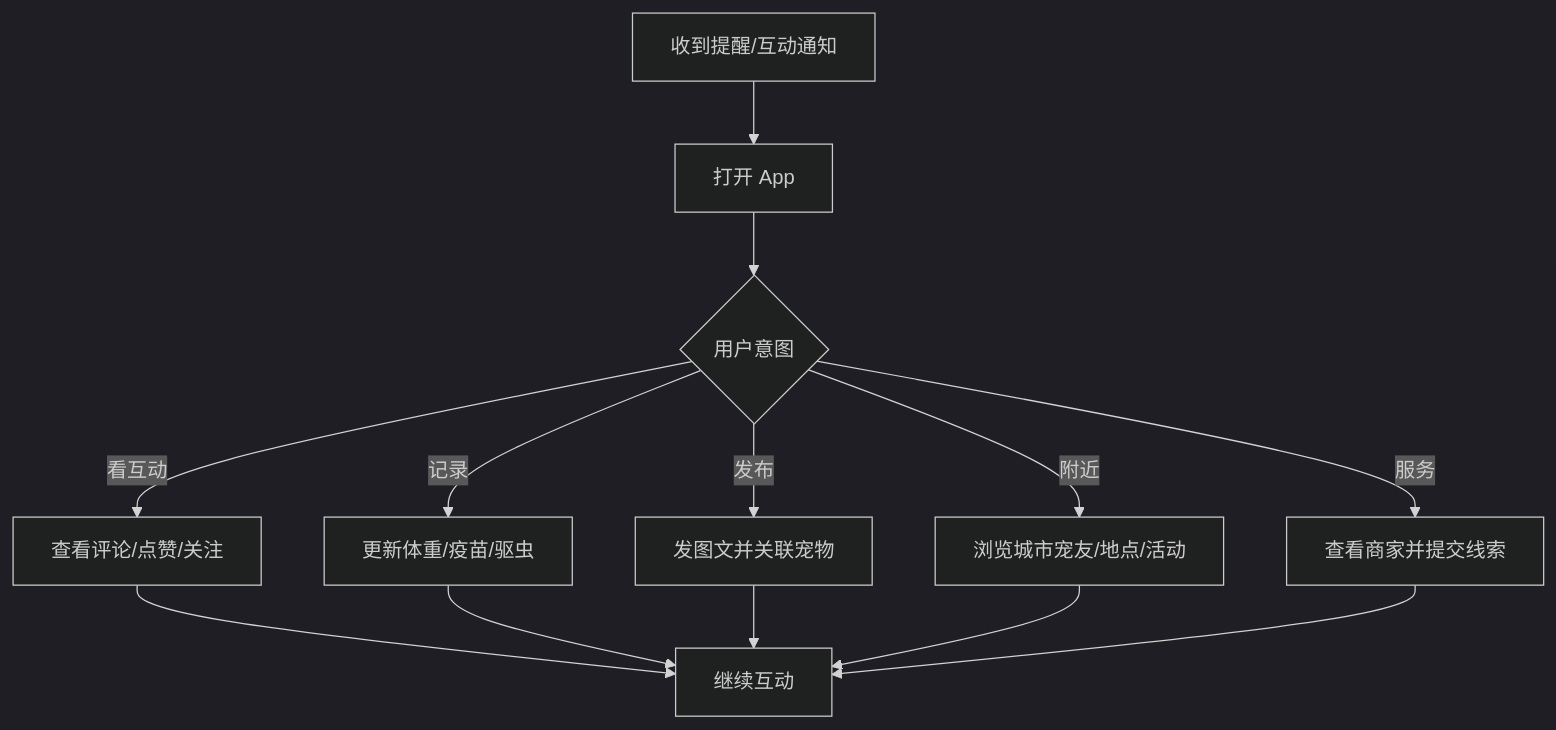
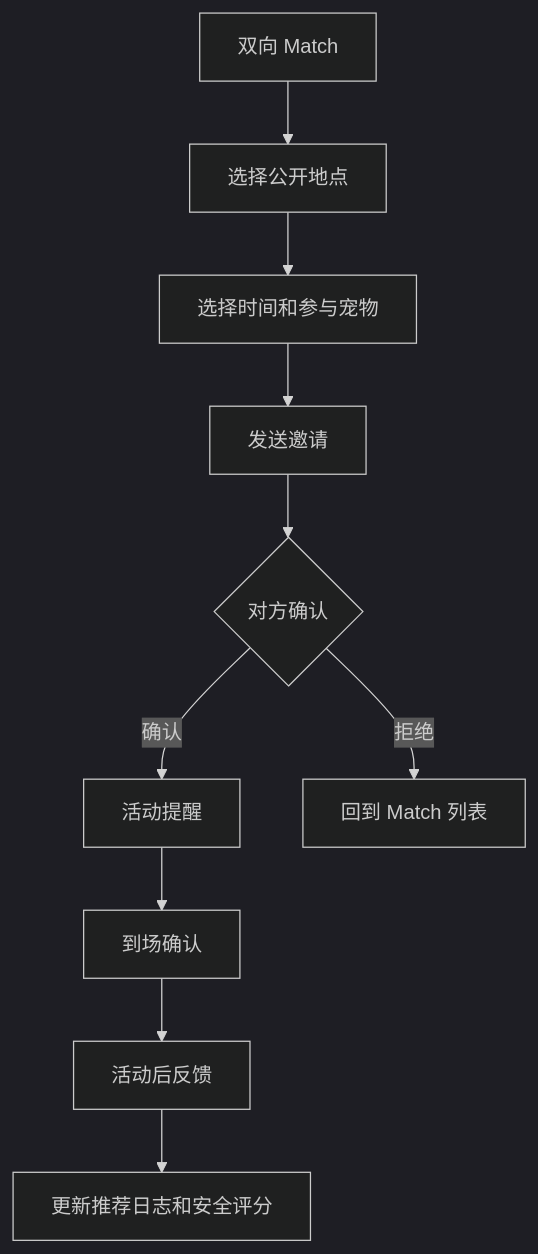
One commit to DarryDarius/PawPaw changed the second of 2 diagrams in mvp.md. Above: the diagram before and after it, drawn with Mermaid (dark theme). The commit also changed other lines of this file and 7 other files, not shown here.

````diff
--- a/mvp.md
+++ b/mvp.md
@@ -141,15 +139,12 @@
 ```mermaid
 flowchart TD
-    A[收到提醒/互动通知] --> B[打开 App]
-    B --> C{用户意图}
-    C -->|看互动| D[查看评论/点赞/关注]
-    C -->|记录| E[更新体重/疫苗/驱虫]
-    C -->|发布| F[发图文并关联宠物]
-    C -->|附近| G[浏览城市宠友/地点/活动]
-    C -->|服务| H[查看商家并提交线索]
-    D --> I[继续互动]
-    E --> I
-    F --> I
-    G --> I
-    H --> I
+    A[双向 Match] --> B[选择公开地点]
+    B --> C[选择时间和参与宠物]
+    C --> D[发送邀请]
+    D --> E{对方确认}
+    E -->|确认| F[活动提醒]
+    E -->|拒绝| G[回到 Match 列表]
+    F --> H[到场确认]
+    H --> I[活动后反馈]
+    I --> J[更新推荐日志和安全评分]
 ```
````
